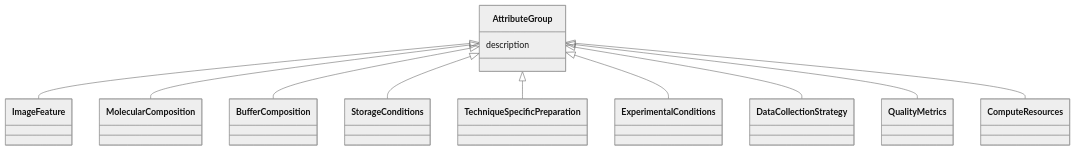
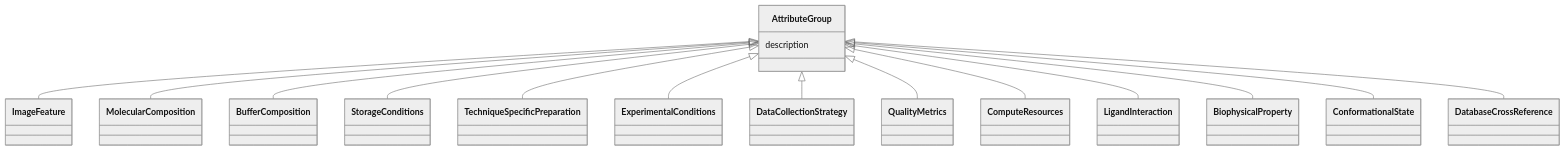
One commit to lambda-ber/lambda-ber-schema changed the diagram in docs/AttributeGroup.md. Above: the diagram before and after it, drawn with Mermaid (neutral theme). The commit also changed other lines of this file and 338 other files, not shown here.

````diff
--- a/docs/AttributeGroup.md
+++ b/docs/AttributeGroup.md
@@ -20,27 +20,35 @@
 ```mermaid
  classDiagram
     class AttributeGroup
     click AttributeGroup href "../AttributeGroup/"
       AttributeGroup <|-- ImageFeature
         click ImageFeature href "../ImageFeature/"
       AttributeGroup <|-- MolecularComposition
         click MolecularComposition href "../MolecularComposition/"
       AttributeGroup <|-- BufferComposition
         click BufferComposition href "../BufferComposition/"
       AttributeGroup <|-- StorageConditions
         click StorageConditions href "../StorageConditions/"
       AttributeGroup <|-- TechniqueSpecificPreparation
         click TechniqueSpecificPreparation href "../TechniqueSpecificPreparation/"
       AttributeGroup <|-- ExperimentalConditions
         click ExperimentalConditions href "../ExperimentalConditions/"
       AttributeGroup <|-- DataCollectionStrategy
         click DataCollectionStrategy href "../DataCollectionStrategy/"
       AttributeGroup <|-- QualityMetrics
         click QualityMetrics href "../QualityMetrics/"
       AttributeGroup <|-- ComputeResources
         click ComputeResources href "../ComputeResources/"
+      AttributeGroup <|-- LigandInteraction
+        click LigandInteraction href "../LigandInteraction/"
+      AttributeGroup <|-- BiophysicalProperty
+        click BiophysicalProperty href "../BiophysicalProperty/"
+      AttributeGroup <|-- ConformationalState
+        click ConformationalState href "../ConformationalState/"
+      AttributeGroup <|-- DatabaseCrossReference
+        click DatabaseCrossReference href "../DatabaseCrossReference/"
       
       AttributeGroup : description
         
       
 ```
````
